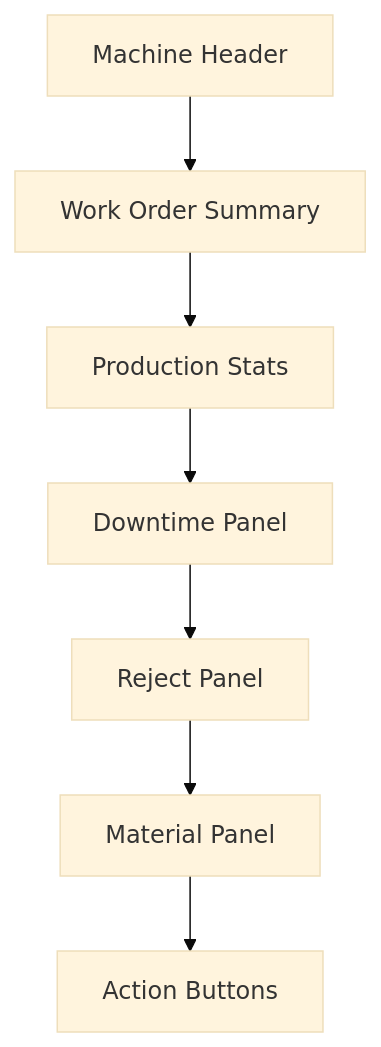
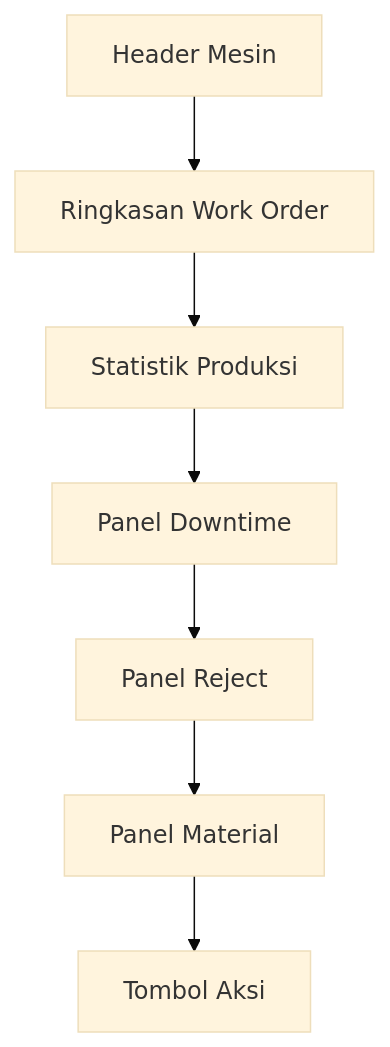
Before and after one commit to fachriramdhan/WORKORDER: the sixth of 8 diagrams in README.md, drawn with Mermaid (base theme). The commit also changed other lines of this file, not shown here.

````diff
--- a/README.md
+++ b/README.md
@@ -578,12 +578,12 @@
 ```mermaid
 flowchart TB
-    A[Machine Header]
-    B[Work Order Summary]
-    C[Production Stats]
-    D[Downtime Panel]
-    E[Reject Panel]
-    F[Material Panel]
-    G[Action Buttons]
+    A[Header Mesin]
+    B[Ringkasan Work Order]
+    C[Statistik Produksi]
+    D[Panel Downtime]
+    E[Panel Reject]
+    F[Panel Material]
+    G[Tombol Aksi]
 
     A --> B --> C --> D --> E --> F --> G
 ```
````
